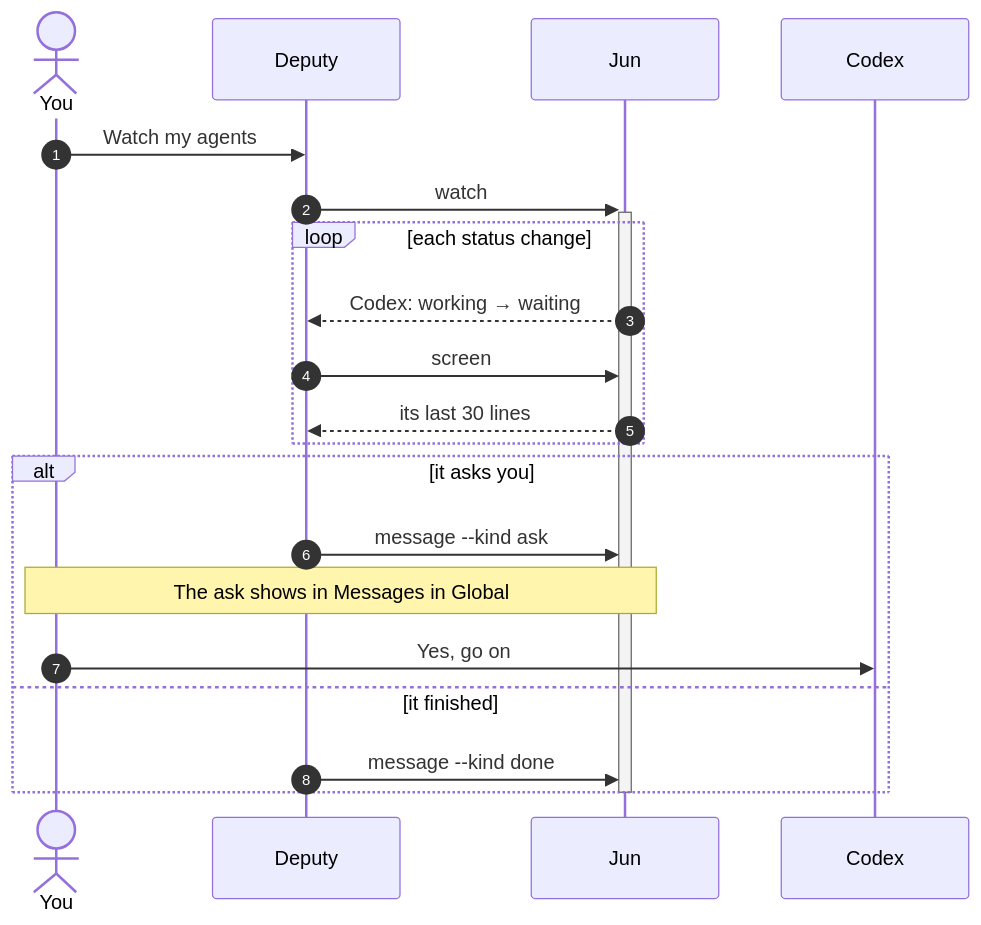
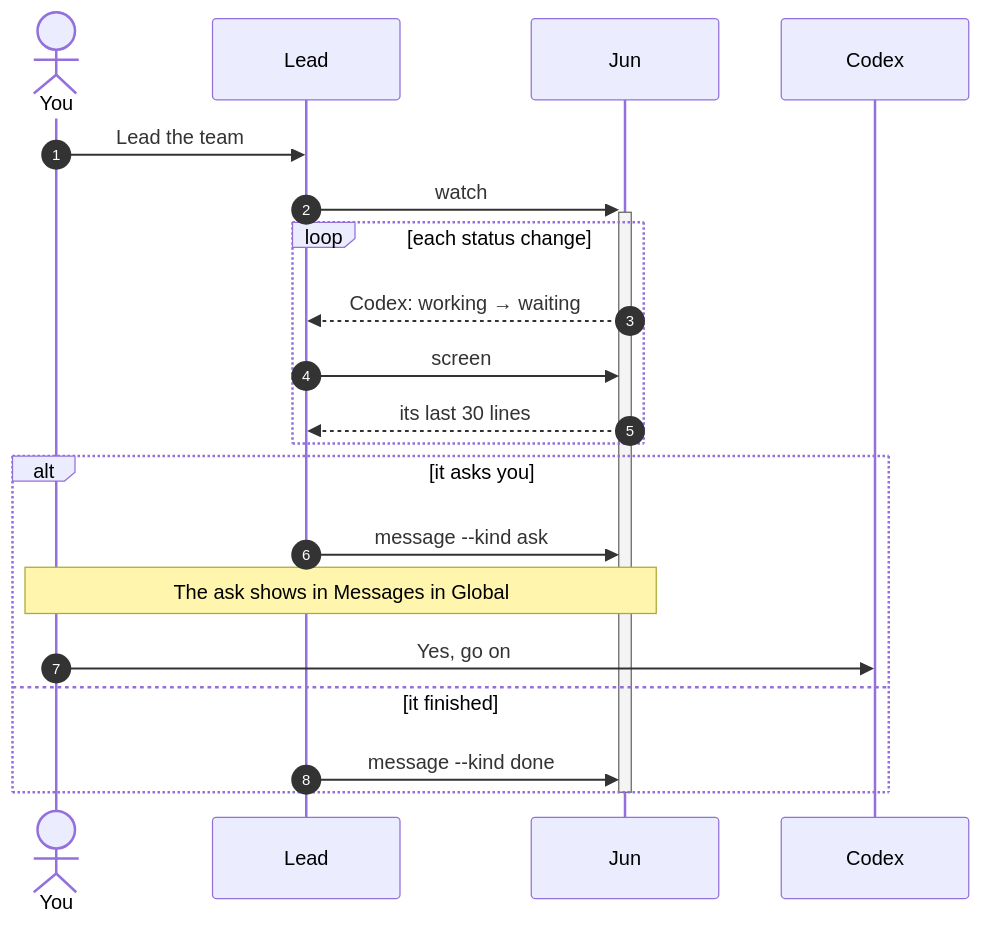
One commit to bencode/jun changed the first of 7 diagrams in docs/diagrams.md. Above: the diagram before and after it, drawn with Mermaid. The commit also changed other lines of this file and 7 other files, not shown here.

First line of the commit message:
feat: jun-lead replaces jun-deputy

````diff
--- a/docs/diagrams.md
+++ b/docs/diagrams.md
@@ -24,23 +24,23 @@
 ```mermaid
 sequenceDiagram
     autonumber
     actor U as You
-    participant D as Deputy
+    participant D as Lead
     participant J as Jun
     participant C as Codex
-    U->>D: Watch my agents
+    U->>D: Lead the team
     D->>+J: watch
     loop each status change
         J-->>D: Codex: working → waiting
         D->>J: screen
         J-->>D: its last 30 lines
     end
     alt it asks you
         D->>J: message --kind ask
         Note over U,J: The ask shows in Messages in Global
         U->>C: Yes, go on
     else it finished
         D->>J: message --kind done
     end
     deactivate J
 ```
````
